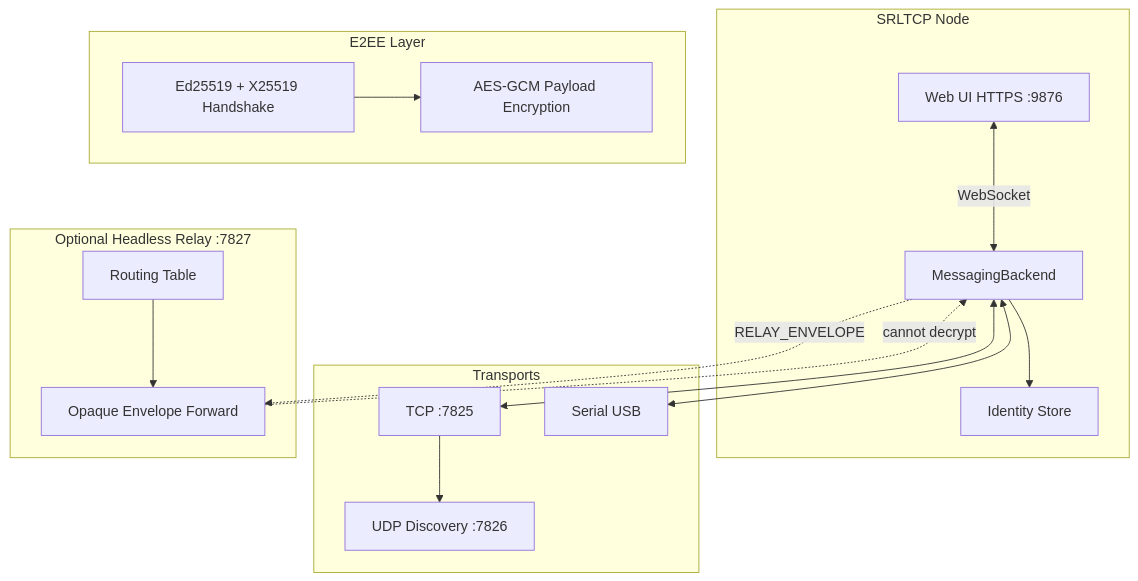
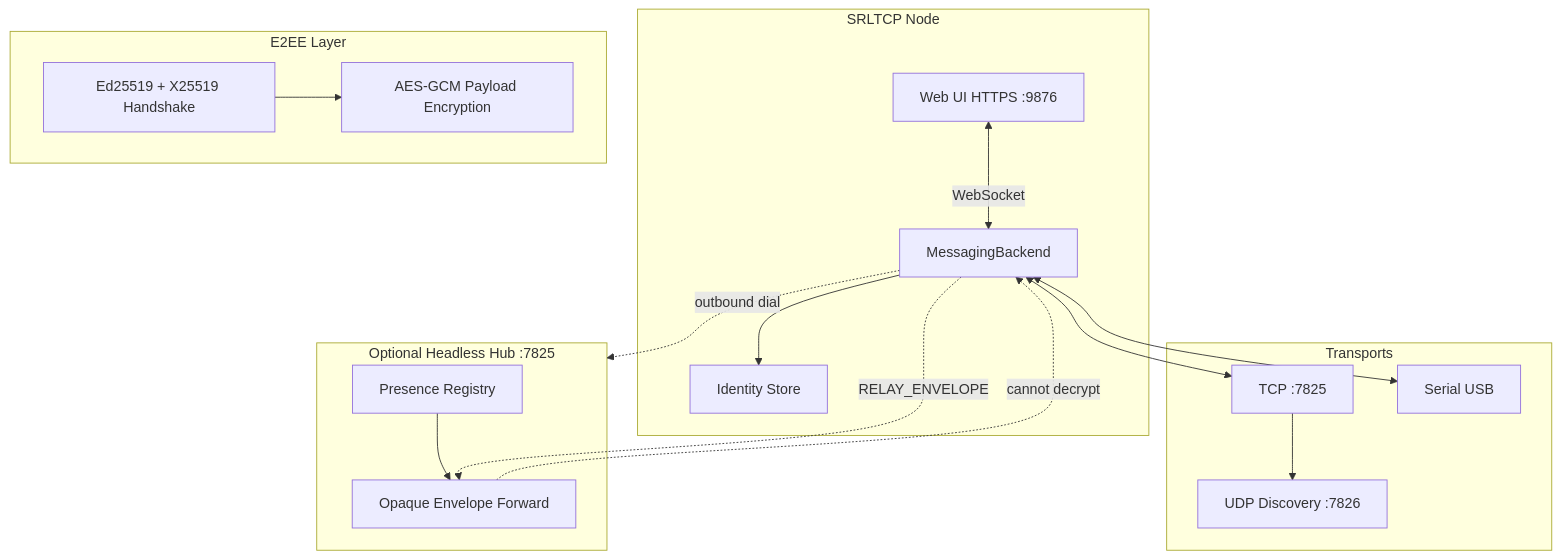
One commit to narl3yyy-svg/SRLTCP changed the diagram in README.md. Above: the diagram before and after it, drawn with Mermaid. The commit also changed other lines of this file and 22 other files, not shown here.

````diff
--- a/README.md
+++ b/README.md
@@ -73,35 +73,36 @@
 ```mermaid
 flowchart TB
     subgraph Node["SRLTCP Node"]
         UI[Web UI HTTPS :9876]
         MB[MessagingBackend]
         ID[Identity Store]
         UI <-->|WebSocket| MB
         MB --> ID
     end
 
     subgraph Transports
         TCP[TCP :7825]
         SER[Serial USB]
         UDP[UDP Discovery :7826]
     end
 
     subgraph Crypto["E2EE Layer"]
         HS[Ed25519 + X25519 Handshake]
         AES[AES-GCM Payload Encryption]
         HS --> AES
     end
 
     MB <--> TCP
     MB <--> SER
     TCP --> UDP
 
-    subgraph Relay["Optional Headless Relay :7827"]
-        RT[Routing Table]
+    subgraph Hub["Optional Headless Hub :7825"]
+        PR[Presence Registry]
         FWD[Opaque Envelope Forward]
-        RT --> FWD
+        PR --> FWD
     end
 
+    MB -.->|outbound dial| Hub
     MB -.->|RELAY_ENVELOPE| FWD
     FWD -.->|cannot decrypt| MB
 ```
````
